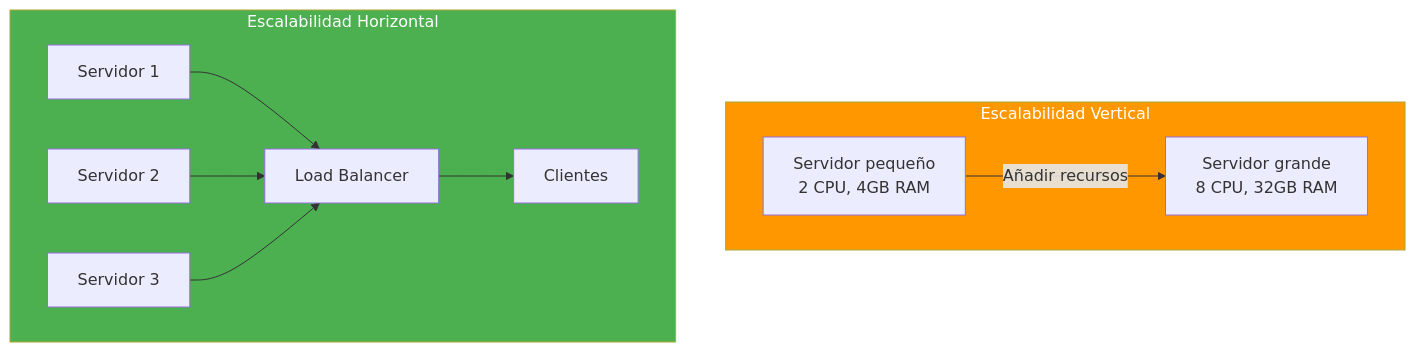
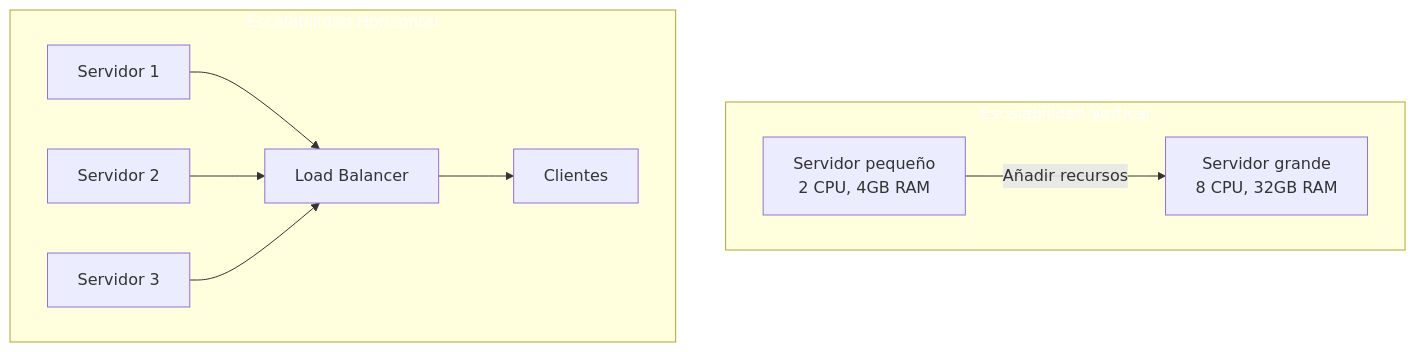
Before and after one commit to joseluisgs/DesarrolloWebEntornosServidor-01-2026-2027: diagram 12 of 14 in 21-sql-nosql.md, drawn with Mermaid. The commit also changed other lines of this file and 66 other files, not shown here.

First line of the commit message:
fix: normalizar titulos al castellano de frase y corregir la paleta de mermaid

````diff
--- a/21-sql-nosql.md
+++ b/21-sql-nosql.md
@@ -1407,16 +1407,16 @@
 ```mermaid
 graph TB
     subgraph VERTICAL["Escalabilidad Vertical"]
         V1["Servidor pequeño<br/>2 CPU, 4GB RAM"] -->|"Añadir recursos"| V2["Servidor grande<br/>8 CPU, 32GB RAM"]
     end
 
     subgraph HORIZONTAL["Escalabilidad Horizontal"]
         H1["Servidor 1"] --> LB["Load Balancer"]
         H2["Servidor 2"] --> LB
         H3["Servidor 3"] --> LB
         LB --> C["Clientes"]
     end
 
-    style VERTICAL fill:#FF9800,color:#fff
-    style HORIZONTAL fill:#4CAF50,color:#fff
+    style VERTICAL fill:#FF980,color:#fff0,color:#fff
+    style HORIZONTAL fill:#4CAF5,color:#fff0,color:#fff
 ```
````
